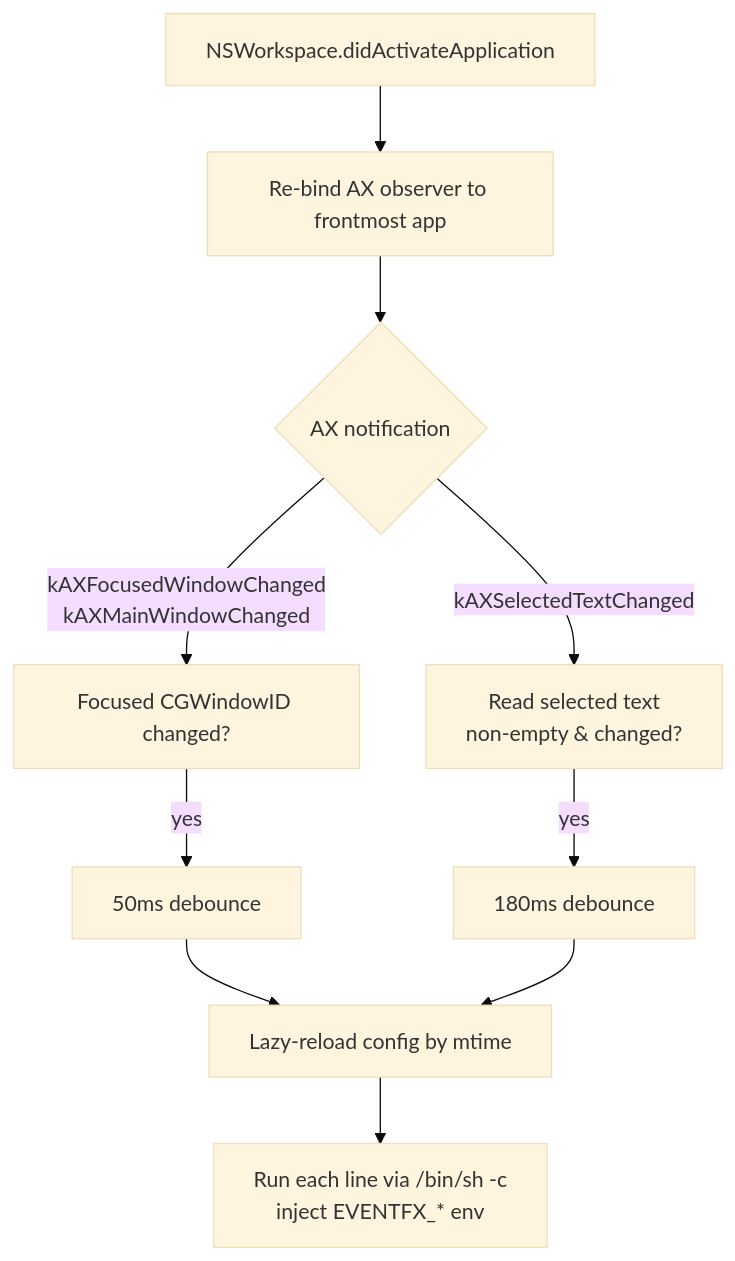
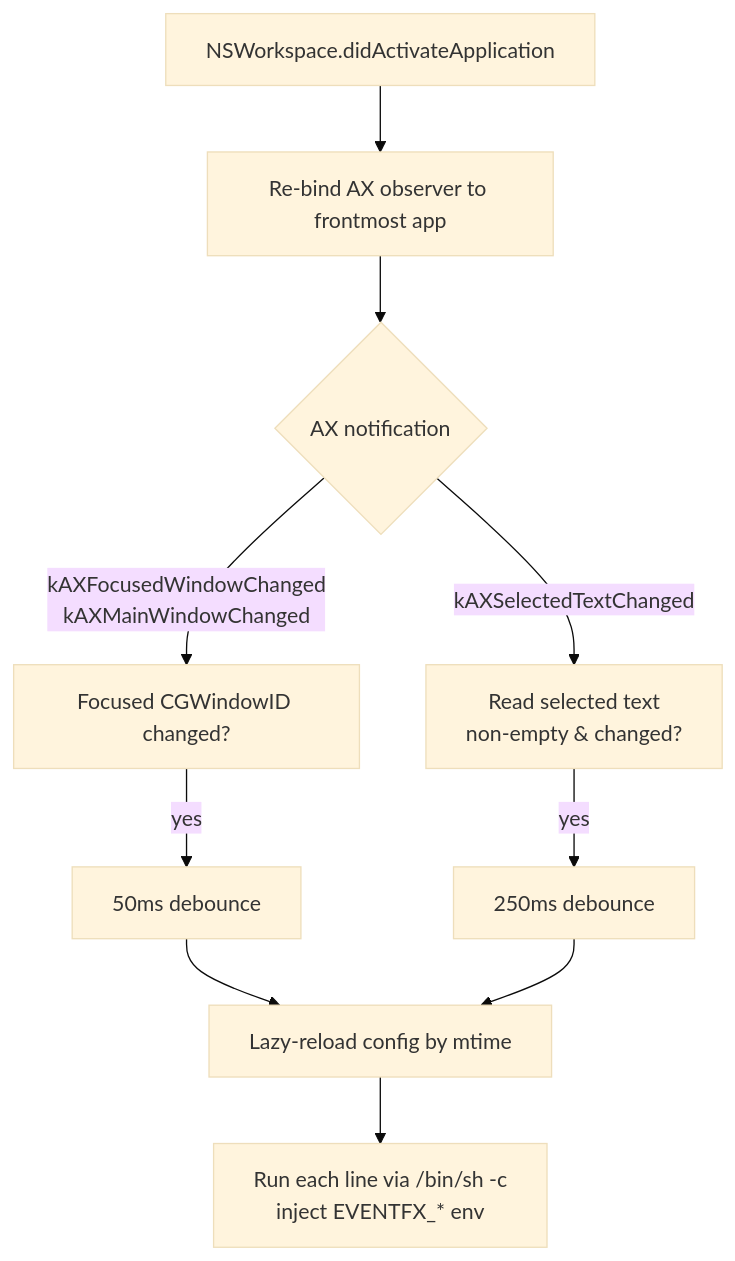
Before and after one commit to akira-toriyama/eventfx: the diagram in README.md, drawn with Mermaid (base theme). The commit also changed 3 other files, not shown here.

````diff
--- a/README.md
+++ b/README.md
@@ -26,12 +26,12 @@
 ```mermaid
 flowchart TD
     A[NSWorkspace.didActivateApplication] --> B[Re-bind AX observer to frontmost app]
     B --> C{AX notification}
     C -- kAXFocusedWindowChanged<br/>kAXMainWindowChanged --> D[Focused CGWindowID changed?]
     C -- kAXSelectedTextChanged --> S[Read selected text<br/>non-empty &amp; changed?]
     D -- yes --> F[50ms debounce]
-    S -- yes --> T[180ms debounce]
+    S -- yes --> T[250ms debounce]
     F --> G[Lazy-reload config by mtime]
     T --> G
     G --> H[Run each line via /bin/sh -c<br/>inject EVENTFX_* env]
 ```
````
